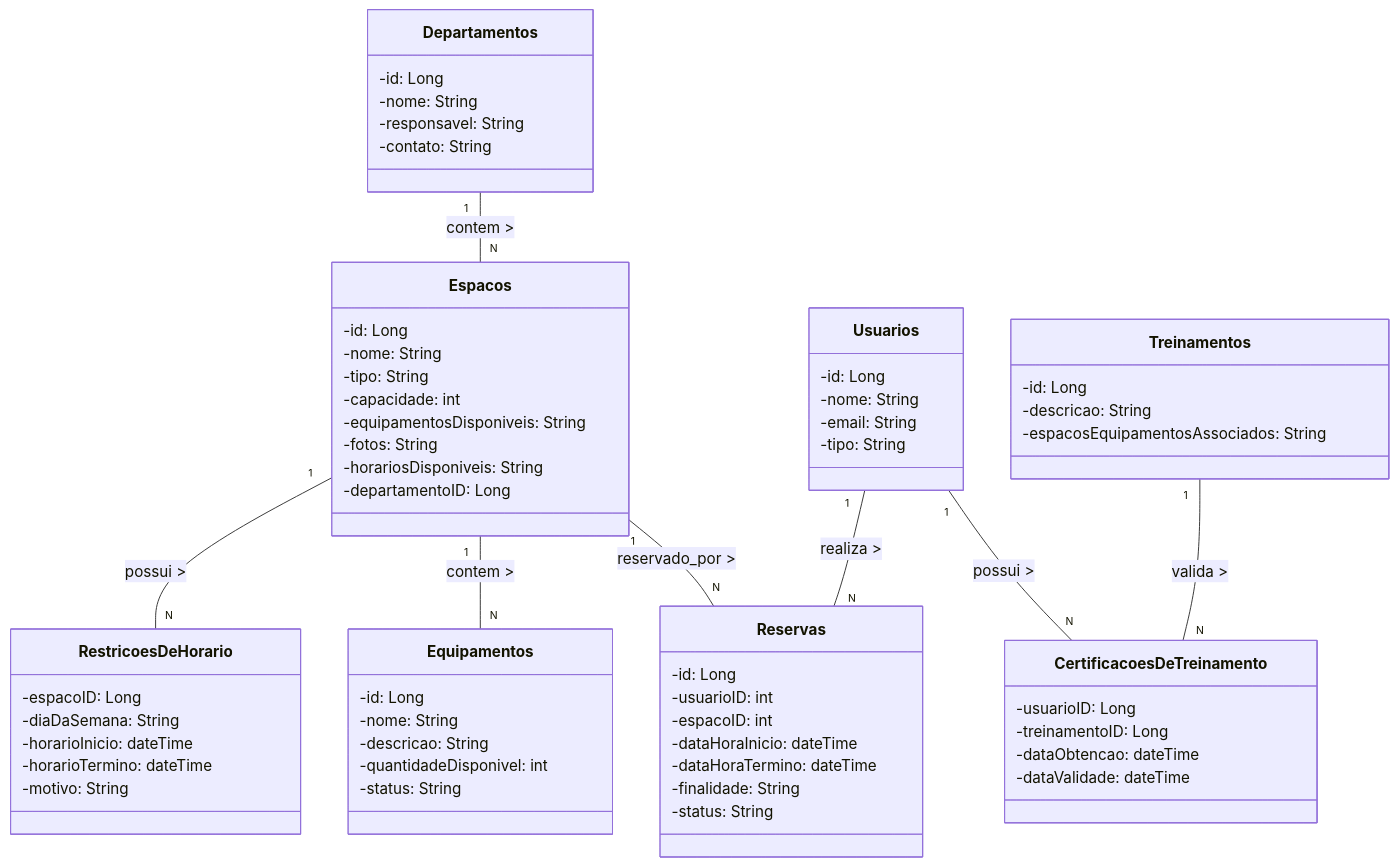
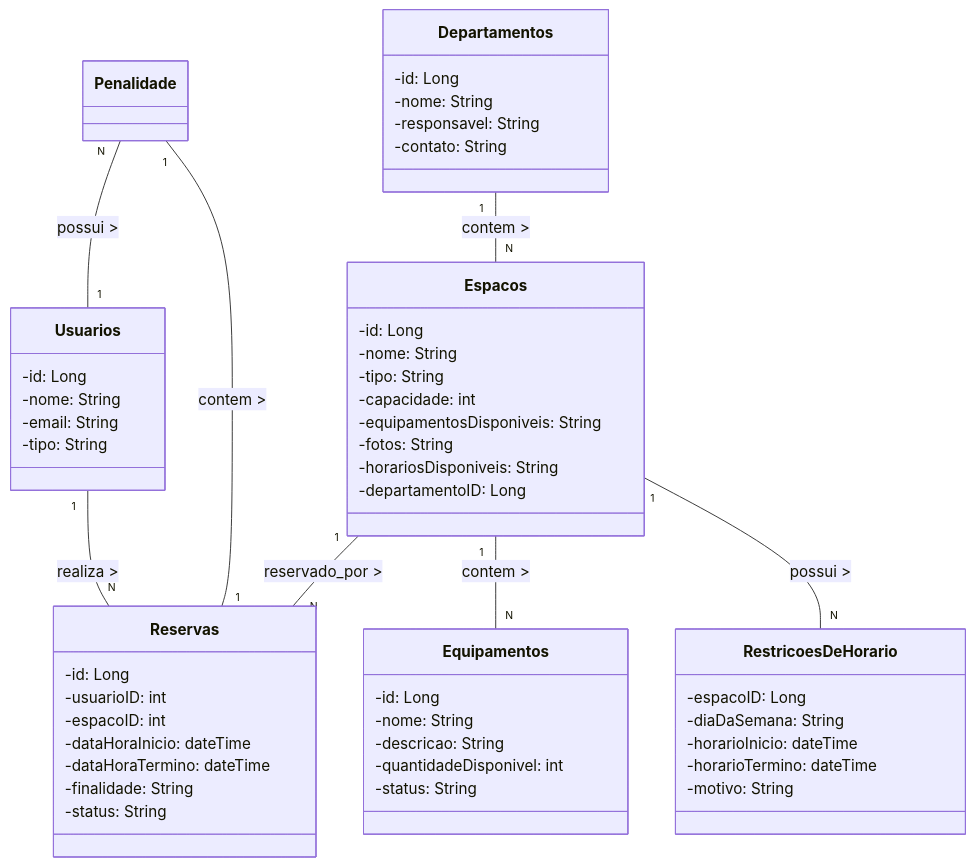
The first of 2 diagrams in README.md (AdnRamos/Sistema_de_Reservas_de_Espacos_em_Universidade), drawn with Mermaid before and after one commit. The commit also changed other lines of this file, not shown here.

````diff
--- a/README.md
+++ b/README.md
@@ -10,69 +10,60 @@
 ```mermaid
 
 classDiagram
       class Departamentos {
           -id: Long
           -nome: String 
           -responsavel: String
           -contato: String
       }
       class Espacos {
           -id: Long
           -nome: String
           -tipo: String
           -capacidade: int
           -equipamentosDisponiveis: String
           -fotos: String
           -horariosDisponiveis: String
           -departamentoID: Long
       }
       class Usuarios {
           -id: Long
           -nome: String
           -email: String
           -tipo: String
       }
       class Reservas {
           -id: Long
           -usuarioID: int
           -espacoID: int 
           -dataHoraInicio: dateTime 
           -dataHoraTermino: dateTime 
           -finalidade: String
           -status: String
       }
       class Equipamentos {
           -id: Long
           -nome: String
           -descricao: String
           -quantidadeDisponivel: int
           -status: String
       }
-      class Treinamentos {
-          -id: Long
-          -descricao: String
-          -espacosEquipamentosAssociados: String
-      }
-      class CertificacoesDeTreinamento {
-          -usuarioID: Long
-          -treinamentoID: Long
-          -dataObtencao: dateTime
-          -dataValidade: dateTime 
-      }
+
+
       class RestricoesDeHorario {
           -espacoID: Long
           -diaDaSemana: String 
           -horarioInicio: dateTime 
           -horarioTermino: dateTime
           -motivo: String 
       }
 
       %% Relationships
       Departamentos "1" -- "N" Espacos : contem >
-      Usuarios "1" -- "N" CertificacoesDeTreinamento : possui >
-      Treinamentos "1" -- "N" CertificacoesDeTreinamento : valida >
       Usuarios "1" -- "N" Reservas : realiza >
+      Penalidade "1" -- "1" Reservas : contem >
+      Penalidade "N" -- "1" Usuarios : possui >
       Espacos "1" -- "N" Reservas : reservado_por >
       Espacos "1" -- "N" Equipamentos : contem >
       Espacos "1" -- "N" RestricoesDeHorario : possui >
 ```
````
